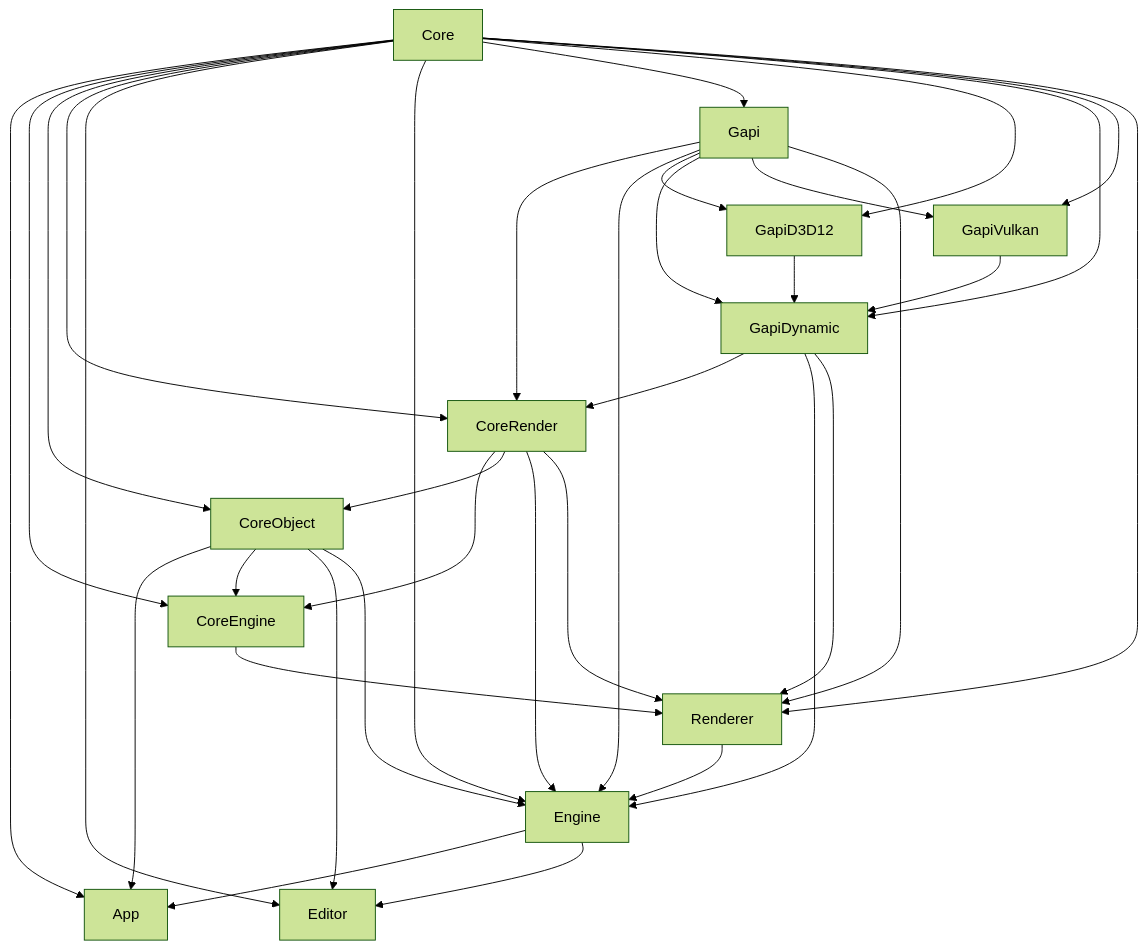
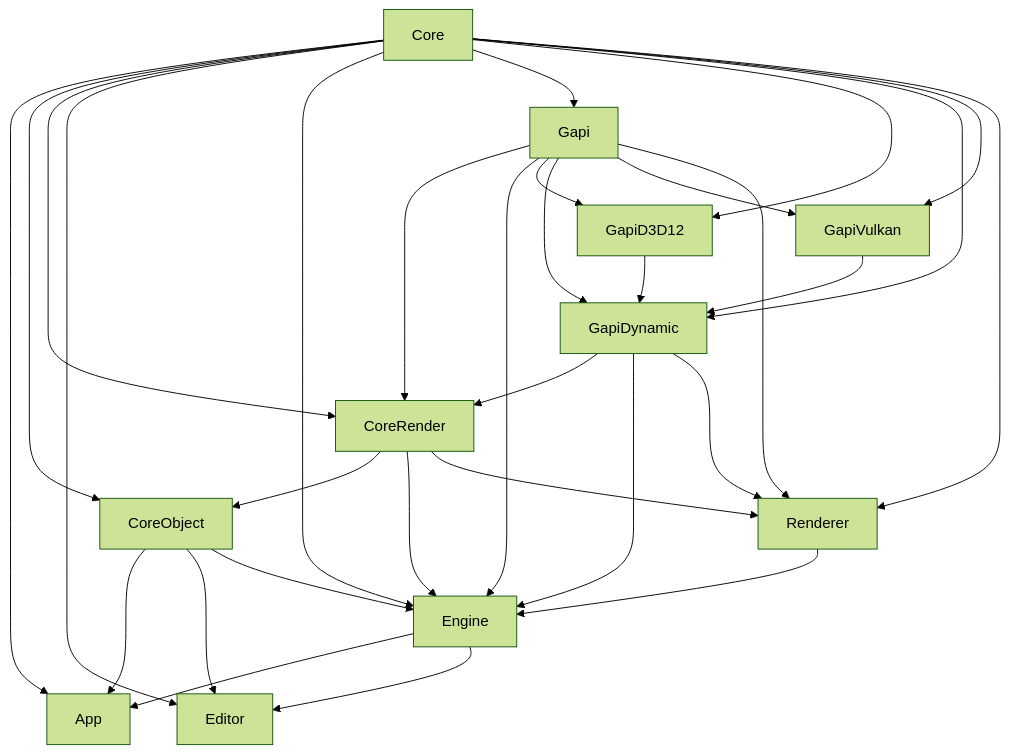
One commit to hellokenlee/NeneEngine2 changed the diagram in README.md. Above: the diagram before and after it, drawn with Mermaid (forest theme). The commit also changed 42 other files, not shown here.

````diff
--- a/README.md
+++ b/README.md
@@ -101,37 +101,33 @@
 ```mermaid
 graph TD
   Core --> App
   CoreObject --> App
   Engine --> App
-  Core --> CoreEngine
-  CoreObject --> CoreEngine
-  CoreRender --> CoreEngine
   Core --> CoreObject
   CoreRender --> CoreObject
   Core --> CoreRender
   Gapi --> CoreRender
   GapiDynamic --> CoreRender
   Core --> Editor
   CoreObject --> Editor
   Engine --> Editor
   Core --> Engine
   CoreObject --> Engine
   CoreRender --> Engine
   Renderer --> Engine
   Gapi --> Engine
   GapiDynamic --> Engine
   Core --> Gapi
   Core --> GapiD3D12
   Gapi --> GapiD3D12
   Core --> GapiDynamic
   Gapi --> GapiDynamic
   GapiD3D12 --> GapiDynamic
   GapiVulkan --> GapiDynamic
   Core --> GapiVulkan
   Gapi --> GapiVulkan
   Core --> Renderer
   Gapi --> Renderer
-  CoreEngine --> Renderer
   CoreRender --> Renderer
   GapiDynamic --> Renderer
 ```
````
